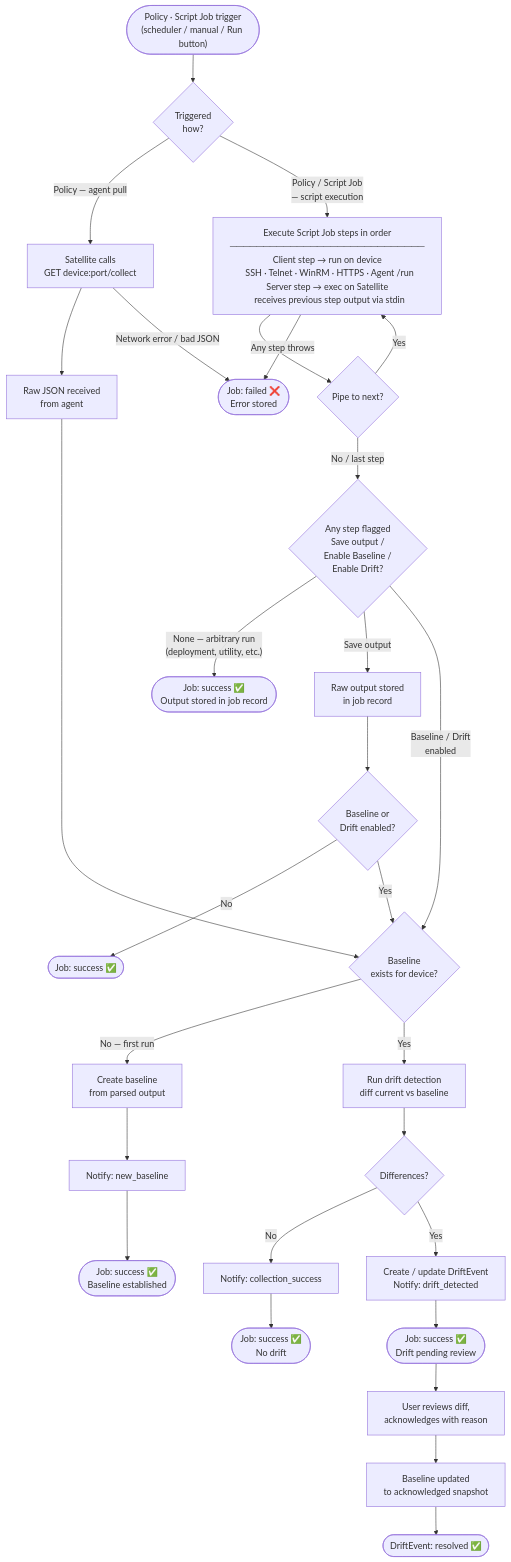
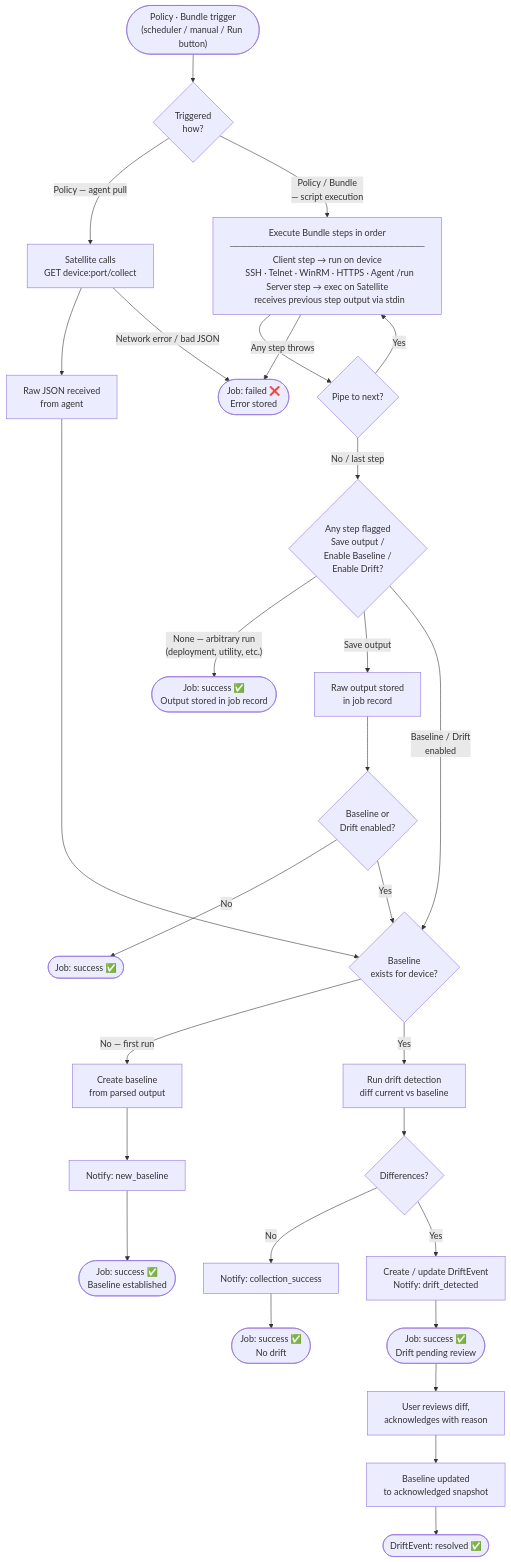
One commit to SeraVault/isotopeiq-satellite changed the diagram in USER_GUIDE.md. Above: the diagram before and after it, drawn with Mermaid. The commit also changed other lines of this file and 14 other files, not shown here.

````diff
--- a/USER_GUIDE.md
+++ b/USER_GUIDE.md
@@ -668,50 +691,50 @@
 ```mermaid
 flowchart TD
-    START(["Policy · Script Job trigger\n(scheduler / manual / Run button)"])
+    START(["Policy · Bundle trigger\n(scheduler / manual / Run button)"])
     START --> CM{"Triggered\nhow?"}
 
     CM -->|"Policy — agent pull"| AGENTCOL["Satellite calls\nGET device:port/collect"]
-    CM -->|"Policy / Script Job\n— script execution"| STEPS
+    CM -->|"Policy / Bundle\n— script execution"| STEPS
 
     AGENTCOL --> AGENTRAW["Raw JSON received\nfrom agent"]
     AGENTRAW --> BL
 
-    STEPS["Execute Script Job steps in order\n─────────────────────────────\nClient step → run on device\n  SSH · Telnet · WinRM · HTTPS · Agent /run\nServer step → exec on Satellite\n  receives previous step output via stdin"]
+    STEPS["Execute Bundle steps in order\n─────────────────────────────\nClient step → run on device\n  SSH · Telnet · WinRM · HTTPS · Agent /run\nServer step → exec on Satellite\n  receives previous step output via stdin"]
 
     STEPS --> PIPE{"Pipe to next?"}
     PIPE -->|Yes| STEPS
     PIPE -->|No / last step| FLAGS{"Any step flagged\nSave output /\nEnable Baseline /\nEnable Drift?"}
 
     FLAGS -->|"None — arbitrary run\n(deployment, utility, etc.)"| ARBITRARY(["Job: success ✅\nOutput stored in job record"])
 
     FLAGS -->|"Save output"| RAWSTORED["Raw output stored\nin job record"]
     RAWSTORED --> BDFLAG{"Baseline or\nDrift enabled?"}
 
     BDFLAG -->|No| DONE_SAVE(["Job: success ✅"])
 
     BDFLAG -->|Yes| BL
 
     FLAGS -->|"Baseline / Drift\nenabled"| BL
 
     BL{"Baseline\nexists for device?"}
 
     BL -->|"No — first run"| NEWBL["Create baseline\nfrom parsed output"]
     NEWBL --> NEWBL_N["Notify: new_baseline"]
     NEWBL_N --> DONE1(["Job: success ✅\nBaseline established"])
 
     BL -->|Yes| DRIFT["Run drift detection\ndiff current vs baseline"]
     DRIFT --> DIFFS{"Differences?"}
 
     DIFFS -->|No| CLEAN["Notify: collection_success"]
     CLEAN --> DONE2(["Job: success ✅\nNo drift"])
 
     DIFFS -->|Yes| DEVENT["Create / update DriftEvent\nNotify: drift_detected"]
     DEVENT --> DONE3(["Job: success ✅\nDrift pending review"])
 
     DONE3 --> ACK["User reviews diff,\nacknowledges with reason"]
     ACK --> UPDBL["Baseline updated\nto acknowledged snapshot"]
     UPDBL --> RESOLVED(["DriftEvent: resolved ✅"])
 
     STEPS -->|"Any step throws"| FAIL(["Job: failed ❌\nError stored"])
     AGENTCOL -->|"Network error / bad JSON"| FAIL
 ```
````
